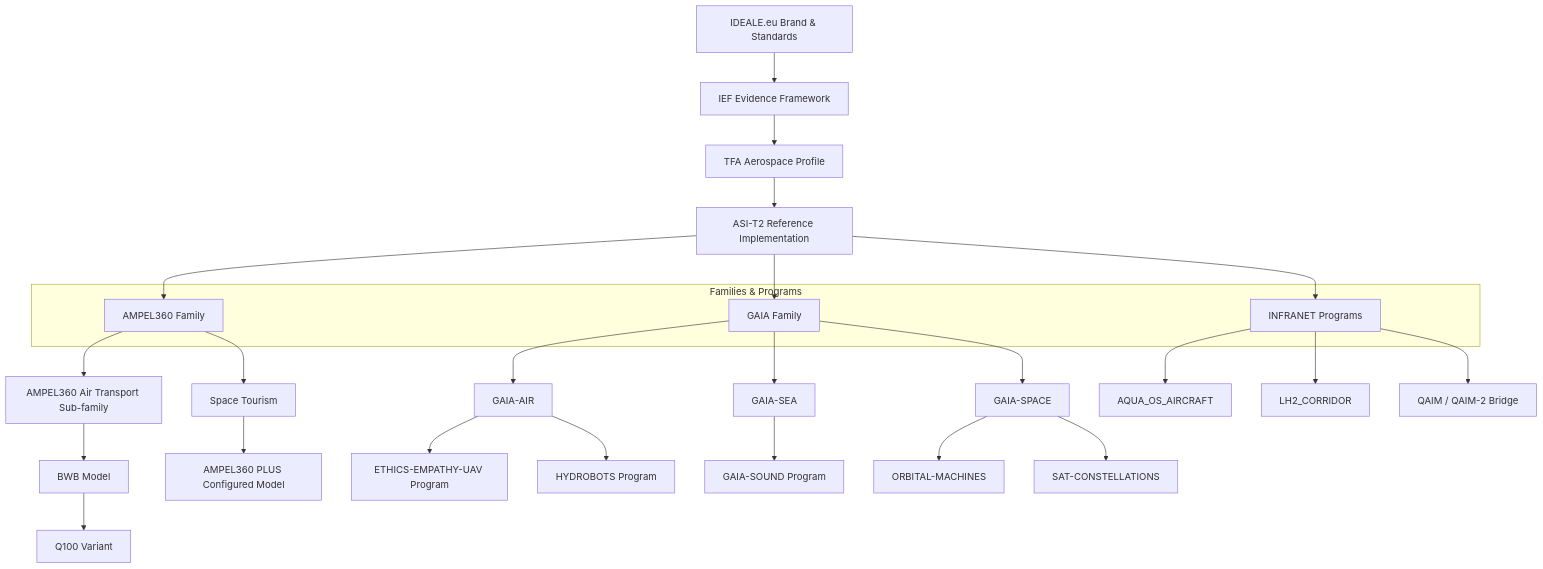
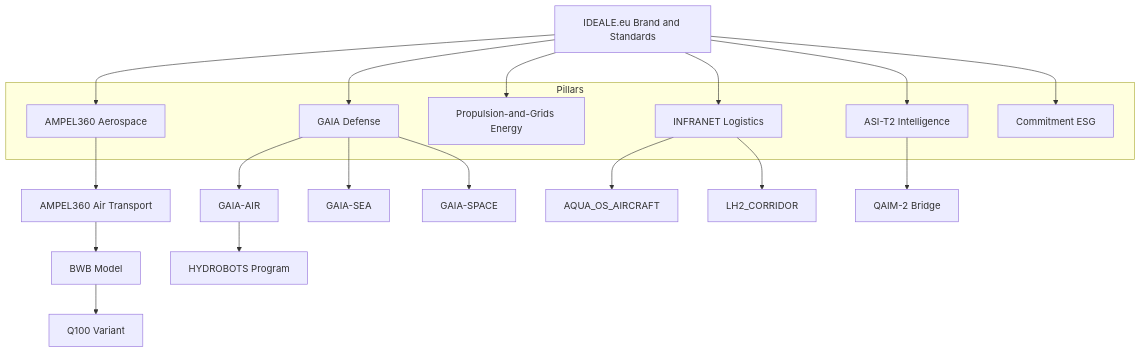
Before and after one commit to Robbbo-T/ASI-T2: the diagram in README.md, drawn with Mermaid. The commit also changed other lines of this file, not shown here.

`````diff
--- a/README.md
+++ b/README.md
@@ -75,38 +84,38 @@
 ```mermaid
 graph TD
-  IDEALE[IDEALE.eu Brand & Standards]
-  IEF[IEF Evidence Framework]
-  TFA[TFA Aerospace Profile]
-  ASI[ASI-T2 Reference Implementation]
+  IDEALE[IDEALE.eu Brand and Standards]
 
-  IDEALE --> IEF --> TFA --> ASI
-
-  subgraph Families & Programs
-    AMP[AMPEL360 Family]
-    GAIA[GAIA Family]
-    INFR[INFRANET Programs]
+  subgraph Pillars
+    I[ASI-T2 Intelligence]
+    D[GAIA Defense]
+    ENE[Propulsion-and-Grids Energy]
+    A[AMPEL360 Aerospace]
+    L[INFRANET Logistics]
+    ESG[Commitment ESG]
   end
 
-  ASI --> AMP
-  ASI --> GAIA
-  ASI --> INFR
+  IDEALE --> I
+  IDEALE --> D
+  IDEALE --> ENE
+  IDEALE --> A
+  IDEALE --> L
+  IDEALE --> ESG
 
-  AMP --> AT[AMPEL360 Air Transport Sub-family]
-  AT  --> BWB[BWB Model]
+  %% Aerospace canon
+  A --> AT[AMPEL360 Air Transport]
+  AT --> BWB[BWB Model]
   BWB --> Q100[Q100 Variant]
-  AMP --> ST[Space Tourism]
-  ST  --> PLUS[AMPEL360 PLUS Configured Model]
 
-  GAIA --> GAIR[GAIA-AIR]
-  GAIR --> EEUV[ETHICS-EMPATHY-UAV Program]
+  %% GAIA fan-out
+  D --> GAIR[GAIA-AIR]
+  D --> GSEA[GAIA-SEA]
+  D --> GSPACE[GAIA-SPACE]
   GAIR --> HYD[HYDROBOTS Program]
-  GAIA --> GSEA[GAIA-SEA]
-  GSEA --> SOUND[GAIA-SOUND Program]
-  GAIA --> GSPACE[GAIA-SPACE]
-  GSPACE --> ORB[ORBITAL-MACHINES]
-  GSPACE --> SAT[SAT-CONSTELLATIONS]
 
-  INFR --> AQUA[AQUA_OS_AIRCRAFT]
-  INFR --> LH2[LH2_CORRIDOR]
-  INFR --> QAIM[QAIM / QAIM-2 Bridge]
-```
+  %% Logistics programs
+  L --> AQUA[AQUA_OS_AIRCRAFT]
+  L --> LH2[LH2_CORRIDOR]
+
+  %% Intelligence bridge
+  I --> QAIM[QAIM-2 Bridge]
+````
`````
